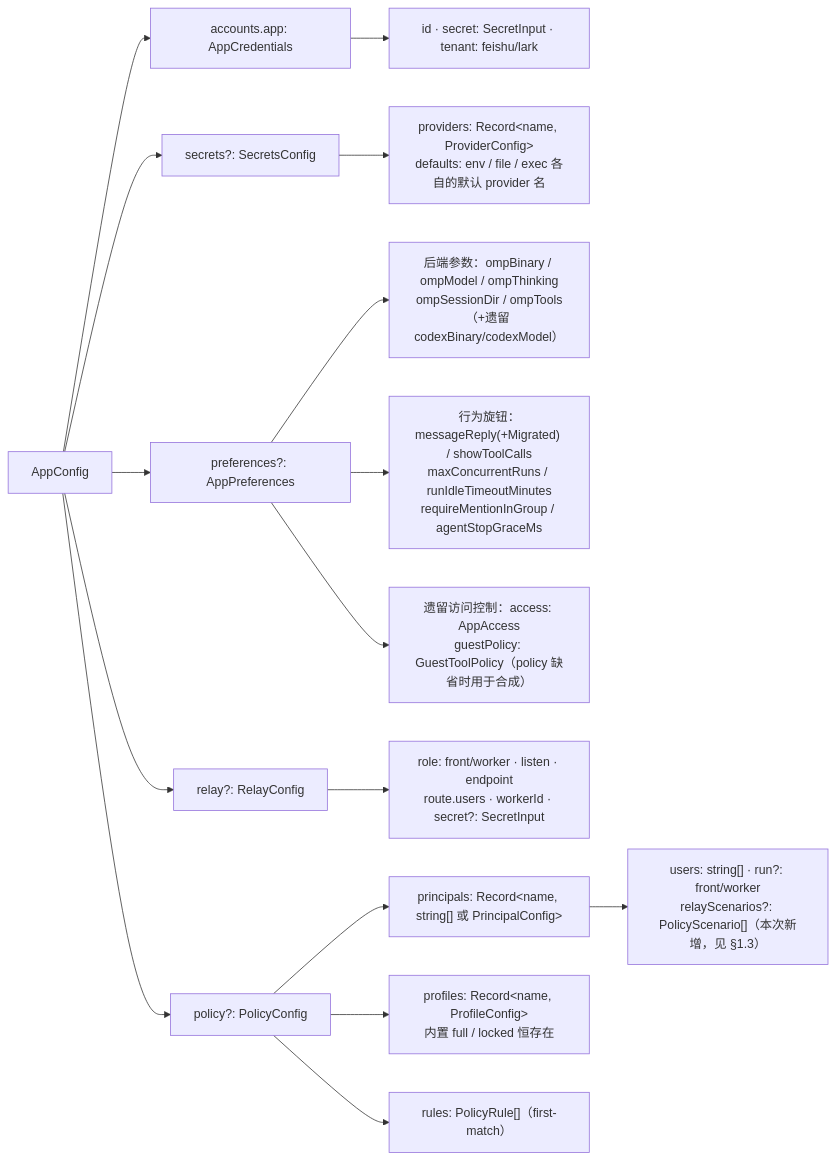
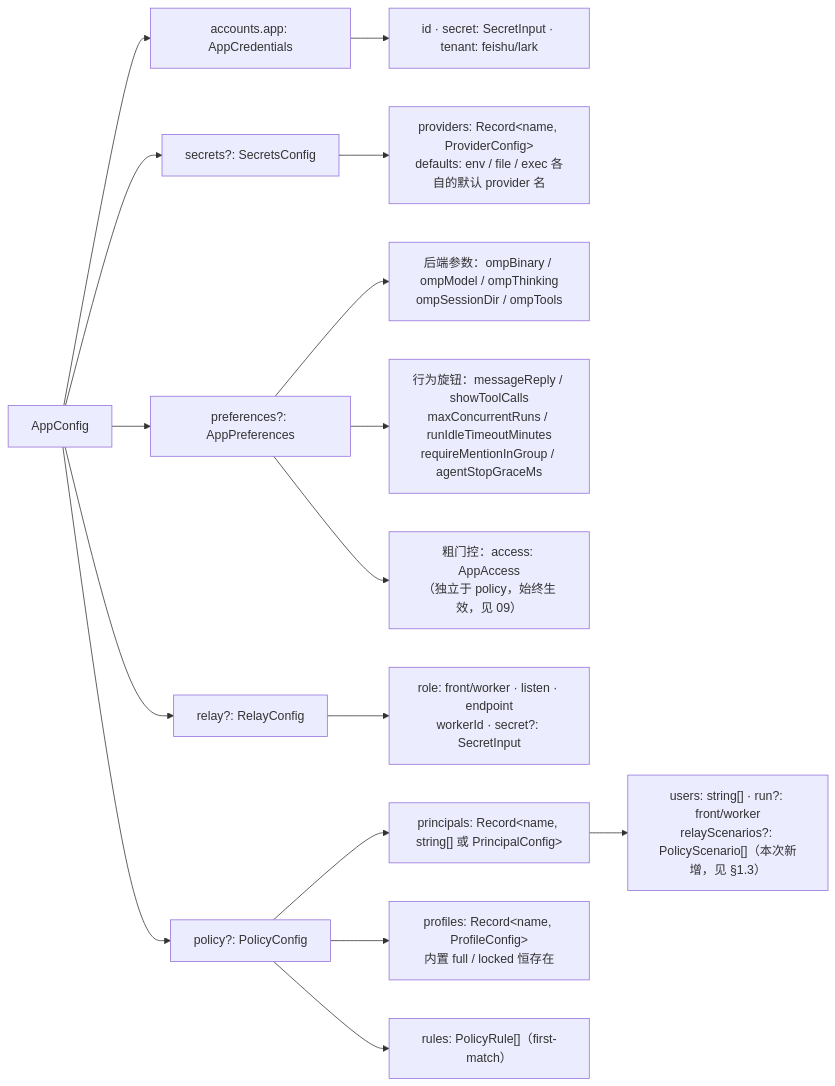
One commit to sorphwer/feishu-omp-bridge changed the first of 3 diagrams in how-it-works/08-config-and-secrets.md. Above: the diagram before and after it, drawn with Mermaid. The commit also changed other lines of this file and 15 other files, not shown here.

````diff
--- a/how-it-works/08-config-and-secrets.md
+++ b/how-it-works/08-config-and-secrets.md
@@ -25,18 +25,18 @@
 ```mermaid
 flowchart LR
   CFG["AppConfig"] --> ACC["accounts.app: AppCredentials"]
   ACC --> ACCF["id · secret: SecretInput · tenant: feishu/lark"]
   CFG --> SEC["secrets?: SecretsConfig"]
   SEC --> SECF["providers: Record&lt;name, ProviderConfig&gt;<br/>defaults: env / file / exec 各自的默认 provider 名"]
   CFG --> PREF["preferences?: AppPreferences"]
-  PREF --> PREF1["后端参数：ompBinary / ompModel / ompThinking<br/>ompSessionDir / ompTools（+遗留 codexBinary/codexModel）"]
-  PREF --> PREF2["行为旋钮：messageReply(+Migrated) / showToolCalls<br/>maxConcurrentRuns / runIdleTimeoutMinutes<br/>requireMentionInGroup / agentStopGraceMs"]
-  PREF --> PREF3["遗留访问控制：access: AppAccess<br/>guestPolicy: GuestToolPolicy（policy 缺省时用于合成）"]
+  PREF --> PREF1["后端参数：ompBinary / ompModel / ompThinking<br/>ompSessionDir / ompTools"]
+  PREF --> PREF2["行为旋钮：messageReply / showToolCalls<br/>maxConcurrentRuns / runIdleTimeoutMinutes<br/>requireMentionInGroup / agentStopGraceMs"]
+  PREF --> PREF3["粗门控：access: AppAccess<br/>（独立于 policy，始终生效，见 09）"]
   CFG --> REL["relay?: RelayConfig"]
-  REL --> RELF["role: front/worker · listen · endpoint<br/>route.users · workerId · secret?: SecretInput"]
+  REL --> RELF["role: front/worker · listen · endpoint<br/>workerId · secret?: SecretInput"]
   CFG --> POL["policy?: PolicyConfig"]
   POL --> PRIN["principals: Record&lt;name, string[] 或 PrincipalConfig&gt;"]
   PRIN --> PRINF["users: string[] · run?: front/worker<br/>relayScenarios?: PolicyScenario[]（本次新增，见 §1.3）"]
   POL --> PROF["profiles: Record&lt;name, ProfileConfig&gt;<br/>内置 full / locked 恒存在"]
   POL --> RULES["rules: PolicyRule[]（first-match）"]
 ```
````
